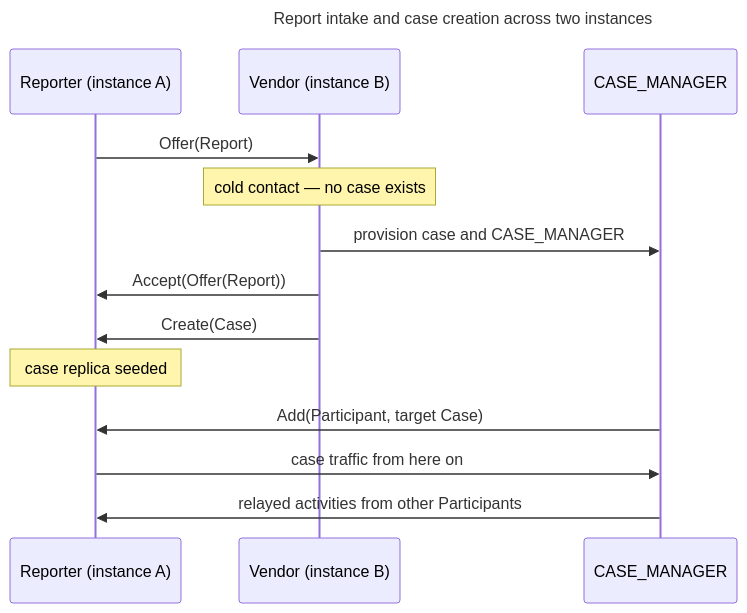
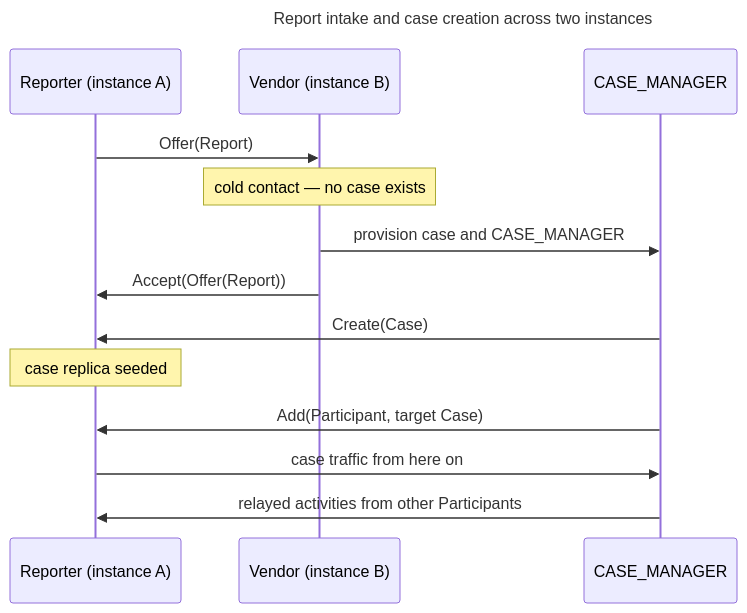
One commit to CERTCC/Vultron changed the second of 2 diagrams in docs/topics/future_work/federation.md. Above: the diagram before and after it, drawn with Mermaid. The commit also changed other lines of this file and 14 other files, not shown here.

````diff
--- a/docs/topics/future_work/federation.md
+++ b/docs/topics/future_work/federation.md
@@ -123,18 +126,18 @@
 ```mermaid
 ---
 title: Report intake and case creation across two instances
 ---
 sequenceDiagram
     participant A as Reporter (instance A)
     participant B as Vendor (instance B)
     participant CM as CASE_MANAGER
     A->>B: Offer(Report)
     Note over B: cold contact — no case exists
     B->>CM: provision case and CASE_MANAGER
     B->>A: Accept(Offer(Report))
-    B->>A: Create(Case)
+    CM->>A: Create(Case)
     Note over A: case replica seeded
     CM->>A: Add(Participant, target Case)
     A->>CM: case traffic from here on
     CM->>A: relayed activities from other Participants
 ```
````
